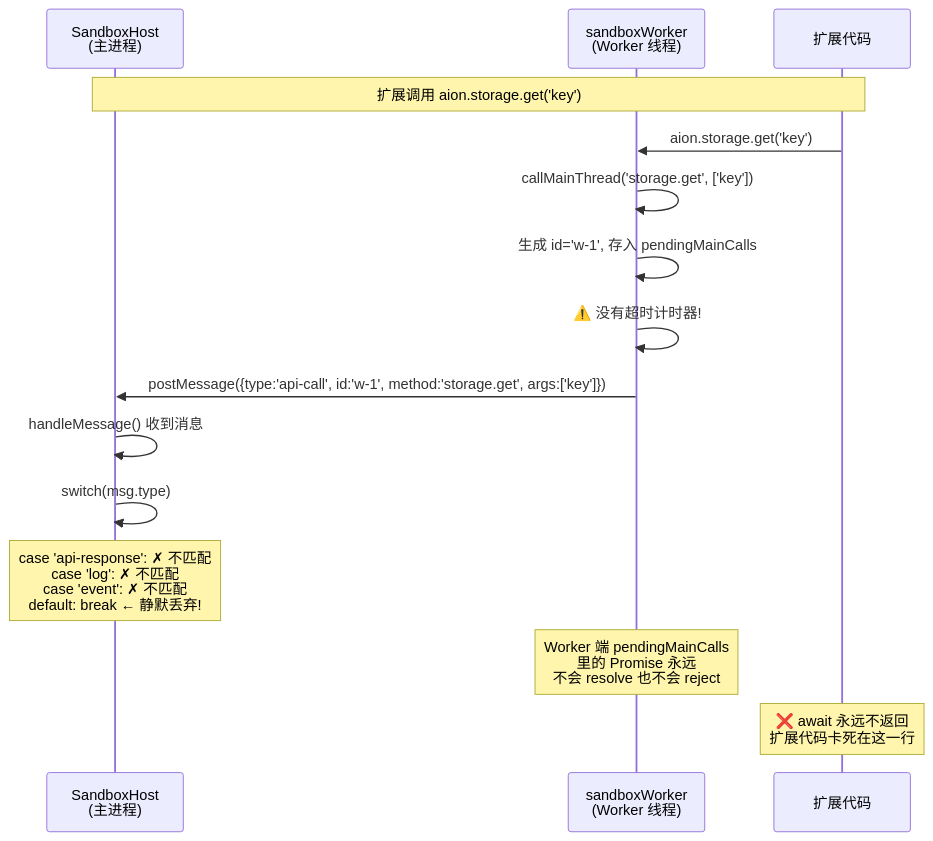
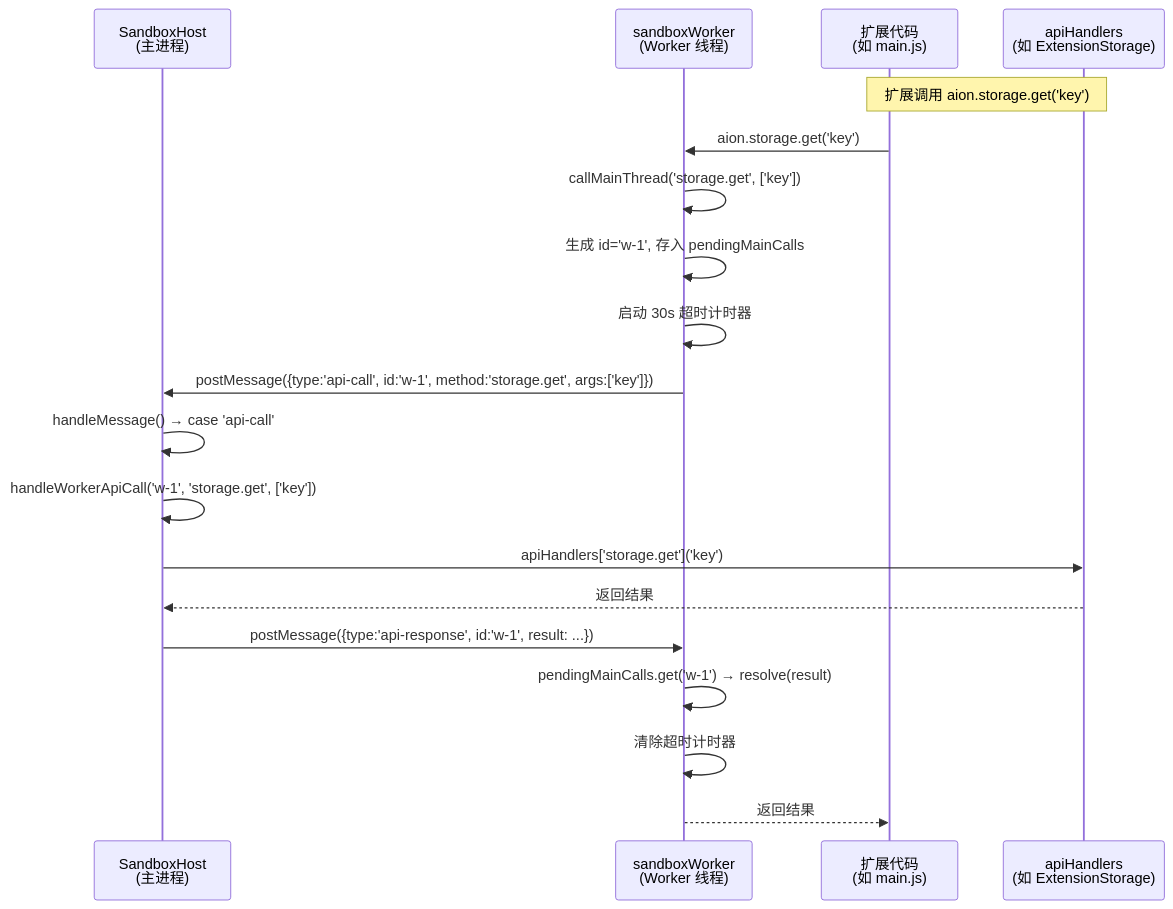
One commit to iOfficeAI/AionUi changed the third of 9 diagrams in docs/feature/extension-market/research/sandbox-architecture.md. Above: the diagram before and after it, drawn with Mermaid. The commit also changed other lines of this file and 9 other files, not shown here.

````diff
--- a/docs/feature/extension-market/research/sandbox-architecture.md
+++ b/docs/feature/extension-market/research/sandbox-architecture.md
@@ -128,22 +130,27 @@
 ```mermaid
 sequenceDiagram
   participant H as SandboxHost<br/>(主进程)
   participant W as sandboxWorker<br/>(Worker 线程)
-  participant E as 扩展代码
+  participant E as 扩展代码<br/>(如 main.js)
+  participant S as apiHandlers<br/>(如 ExtensionStorage)
 
-  Note over E,H: 扩展调用 aion.storage.get('key')
+  Note over E,S: 扩展调用 aion.storage.get('key')
 
   E->>W: aion.storage.get('key')
   W->>W: callMainThread('storage.get', ['key'])
   W->>W: 生成 id='w-1', 存入 pendingMainCalls
-  W->>W: ⚠️ 没有超时计时器!
+  W->>W: 启动 30s 超时计时器
 
   W->>H: postMessage({type:'api-call', id:'w-1', method:'storage.get', args:['key']})
 
-  H->>H: handleMessage() 收到消息
-  H->>H: switch(msg.type)
-  Note over H: case 'api-response': ✗ 不匹配<br/>case 'log': ✗ 不匹配<br/>case 'event': ✗ 不匹配<br/>default: break ← 静默丢弃!
+  H->>H: handleMessage() → case 'api-call'
+  H->>H: handleWorkerApiCall('w-1', 'storage.get', ['key'])
+  H->>S: apiHandlers['storage.get']('key')
+  S-->>H: 返回结果
 
-  Note over W: Worker 端 pendingMainCalls<br/>里的 Promise 永远<br/>不会 resolve 也不会 reject
-  Note over E: ❌ await 永远不返回<br/>扩展代码卡死在这一行
+  H->>W: postMessage({type:'api-response', id:'w-1', result: ...})
+
+  W->>W: pendingMainCalls.get('w-1') → resolve(result)
+  W->>W: 清除超时计时器
+  W-->>E: 返回结果
 ```
````
